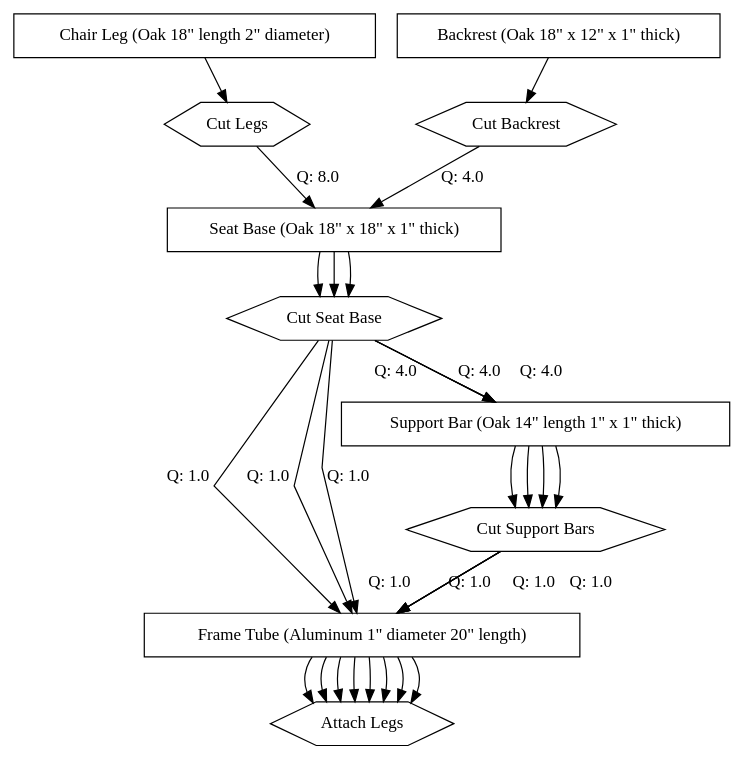
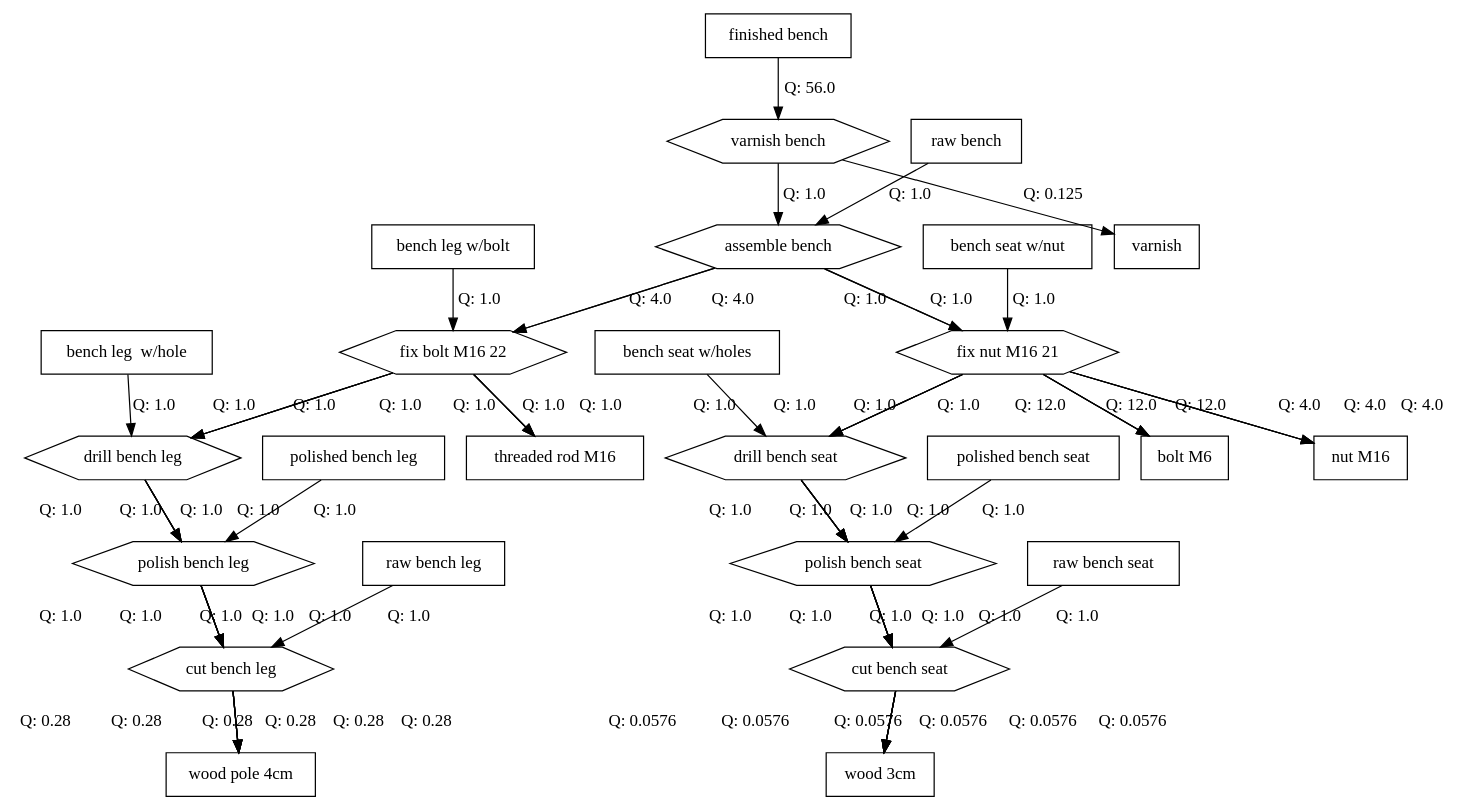
One commit to ricardomm7/buildflow changed the diagram in outFiles/production_tree.dot. Above: the diagram before and after it, drawn with Graphviz. The commit also changed 14 other files, not shown here.

```diff
--- a/outFiles/production_tree.dot
+++ b/outFiles/production_tree.dot
@@ -1,66 +1,141 @@
 digraph G {
   splines=false;
-  "M1" [shape=box label="Chair Leg (Oak 18\" length 2\" diameter)"];
-  "M1" -> "O3" [label=""];
-  "O3" [shape=hexagon label="Cut Legs"];
-  "O3" -> "M2" [label="Q: 8.0"];
-  "M2" [shape=box label="Seat Base (Oak 18\" x 18\" x 1\" thick)"];
-  "M2" -> "O4" [label=""];
-  "O4" [shape=hexagon label="Cut Seat Base"];
-  "O4" -> "M5" [label="Q: 1.0"];
-  "M5" [shape=box label="Frame Tube (Aluminum 1\" diameter 20\" length)"];
-  "M5" -> "O10" [label=""];
-  "O10" [shape=hexagon label="Attach Legs"];
-  "O4" -> "M4" [label="Q: 4.0"];
-  "M4" [shape=box label="Support Bar (Oak 14\" length 1\" x 1\" thick)"];
-  "M4" -> "O6" [label=""];
-  "O6" [shape=hexagon label="Cut Support Bars"];
-  "O6" -> "M5" [label="Q: 1.0"];
-  "M5" [shape=box label="Frame Tube (Aluminum 1\" diameter 20\" length)"];
-  "M5" -> "O10" [label=""];
-  "O10" [shape=hexagon label="Attach Legs"];
-  "M2" [shape=box label="Seat Base (Oak 18\" x 18\" x 1\" thick)"];
-  "M2" -> "O4" [label=""];
-  "O4" [shape=hexagon label="Cut Seat Base"];
-  "O4" -> "M5" [label="Q: 1.0"];
-  "M5" [shape=box label="Frame Tube (Aluminum 1\" diameter 20\" length)"];
-  "M5" -> "O10" [label=""];
-  "O10" [shape=hexagon label="Attach Legs"];
-  "O4" -> "M4" [label="Q: 4.0"];
-  "M4" [shape=box label="Support Bar (Oak 14\" length 1\" x 1\" thick)"];
-  "M4" -> "O6" [label=""];
-  "O6" [shape=hexagon label="Cut Support Bars"];
-  "O6" -> "M5" [label="Q: 1.0"];
-  "M5" [shape=box label="Frame Tube (Aluminum 1\" diameter 20\" length)"];
-  "M5" -> "O10" [label=""];
-  "O10" [shape=hexagon label="Attach Legs"];
-  "M3" [shape=box label="Backrest (Oak 18\" x 12\" x 1\" thick)"];
-  "M3" -> "O5" [label=""];
-  "O5" [shape=hexagon label="Cut Backrest"];
-  "O5" -> "M2" [label="Q: 4.0"];
-  "M2" [shape=box label="Seat Base (Oak 18\" x 18\" x 1\" thick)"];
-  "M2" -> "O4" [label=""];
-  "O4" [shape=hexagon label="Cut Seat Base"];
-  "O4" -> "M5" [label="Q: 1.0"];
-  "M5" [shape=box label="Frame Tube (Aluminum 1\" diameter 20\" length)"];
-  "M5" -> "O10" [label=""];
-  "O10" [shape=hexagon label="Attach Legs"];
-  "O4" -> "M4" [label="Q: 4.0"];
-  "M4" [shape=box label="Support Bar (Oak 14\" length 1\" x 1\" thick)"];
-  "M4" -> "O6" [label=""];
-  "O6" [shape=hexagon label="Cut Support Bars"];
-  "O6" -> "M5" [label="Q: 1.0"];
-  "M5" [shape=box label="Frame Tube (Aluminum 1\" diameter 20\" length)"];
-  "M5" -> "O10" [label=""];
-  "O10" [shape=hexagon label="Attach Legs"];
-  "M4" [shape=box label="Support Bar (Oak 14\" length 1\" x 1\" thick)"];
-  "M4" -> "O6" [label=""];
-  "O6" [shape=hexagon label="Cut Support Bars"];
-  "O6" -> "M5" [label="Q: 1.0"];
-  "M5" [shape=box label="Frame Tube (Aluminum 1\" diameter 20\" length)"];
-  "M5" -> "O10" [label=""];
-  "O10" [shape=hexagon label="Attach Legs"];
-  "M5" [shape=box label="Frame Tube (Aluminum 1\" diameter 20\" length)"];
-  "M5" -> "O10" [label=""];
-  "O10" [shape=hexagon label="Attach Legs"];
+  "1001" [shape=box label="bench leg  w/hole"];
+  "1001" -> "14" [label="Q: 1.0"];
+  "14" [shape=hexagon label="drill bench leg"];
+  "14" -> "18" [label="Q: 1.0"];
+  "18" [shape=hexagon label="polish bench leg"];
+  "18" -> "12" [label="Q: 1.0"];
+  "12" [shape=hexagon label="cut bench leg"];
+  "12" -> "1016" [label="Q: 0.28"];
+  "1016" [shape=box label="wood pole 4cm"];
+  "1002" [shape=box label="bench leg w/bolt"];
+  "1002" -> "16" [label="Q: 1.0"];
+  "16" [shape=hexagon label="fix bolt M16 22"];
+  "16" -> "1013" [label="Q: 1.0"];
+  "1013" [shape=box label="threaded rod M16"];
+  "16" -> "14" [label="Q: 1.0"];
+  "14" [shape=hexagon label="drill bench leg"];
+  "14" -> "18" [label="Q: 1.0"];
+  "18" [shape=hexagon label="polish bench leg"];
+  "18" -> "12" [label="Q: 1.0"];
+  "12" [shape=hexagon label="cut bench leg"];
+  "12" -> "1016" [label="Q: 0.28"];
+  "1016" [shape=box label="wood pole 4cm"];
+  "1003" [shape=box label="bench seat w/holes"];
+  "1003" -> "15" [label="Q: 1.0"];
+  "15" [shape=hexagon label="drill bench seat "];
+  "15" -> "19" [label="Q: 1.0"];
+  "19" [shape=hexagon label="polish bench seat "];
+  "19" -> "13" [label="Q: 1.0"];
+  "13" [shape=hexagon label="cut bench seat"];
+  "13" -> "1015" [label="Q: 0.0576"];
+  "1015" [shape=box label="wood 3cm"];
+  "1004" [shape=box label="bench seat w/nut"];
+  "1004" -> "17" [label="Q: 1.0"];
+  "17" [shape=hexagon label="fix nut M16 21"];
+  "17" -> "1005" [label="Q: 12.0"];
+  "1005" [shape=box label="bolt M6"];
+  "17" -> "15" [label="Q: 1.0"];
+  "15" [shape=hexagon label="drill bench seat "];
+  "15" -> "19" [label="Q: 1.0"];
+  "19" [shape=hexagon label="polish bench seat "];
+  "19" -> "13" [label="Q: 1.0"];
+  "13" [shape=hexagon label="cut bench seat"];
+  "13" -> "1015" [label="Q: 0.0576"];
+  "1015" [shape=box label="wood 3cm"];
+  "17" -> "1007" [label="Q: 4.0"];
+  "1007" [shape=box label="nut M16"];
+  "1005" [shape=box label="bolt M6"];
+  "1006" [shape=box label="finished bench"];
+  "1006" -> "20" [label="Q: 56.0"];
+  "20" [shape=hexagon label="varnish bench "];
+  "20" -> "1014" [label="Q: 0.125"];
+  "1014" [shape=box label="varnish"];
+  "20" -> "11" [label="Q: 1.0"];
+  "11" [shape=hexagon label="assemble bench "];
+  "11" -> "16" [label="Q: 4.0"];
+  "16" [shape=hexagon label="fix bolt M16 22"];
+  "16" -> "1013" [label="Q: 1.0"];
+  "1013" [shape=box label="threaded rod M16"];
+  "16" -> "14" [label="Q: 1.0"];
+  "14" [shape=hexagon label="drill bench leg"];
+  "14" -> "18" [label="Q: 1.0"];
+  "18" [shape=hexagon label="polish bench leg"];
+  "18" -> "12" [label="Q: 1.0"];
+  "12" [shape=hexagon label="cut bench leg"];
+  "12" -> "1016" [label="Q: 0.28"];
+  "1016" [shape=box label="wood pole 4cm"];
+  "11" -> "17" [label="Q: 1.0"];
+  "17" [shape=hexagon label="fix nut M16 21"];
+  "17" -> "1005" [label="Q: 12.0"];
+  "1005" [shape=box label="bolt M6"];
+  "17" -> "15" [label="Q: 1.0"];
+  "15" [shape=hexagon label="drill bench seat "];
+  "15" -> "19" [label="Q: 1.0"];
+  "19" [shape=hexagon label="polish bench seat "];
+  "19" -> "13" [label="Q: 1.0"];
+  "13" [shape=hexagon label="cut bench seat"];
+  "13" -> "1015" [label="Q: 0.0576"];
+  "1015" [shape=box label="wood 3cm"];
+  "17" -> "1007" [label="Q: 4.0"];
+  "1007" [shape=box label="nut M16"];
+  "1007" [shape=box label="nut M16"];
+  "1008" [shape=box label="polished bench leg"];
+  "1008" -> "18" [label="Q: 1.0"];
+  "18" [shape=hexagon label="polish bench leg"];
+  "18" -> "12" [label="Q: 1.0"];
+  "12" [shape=hexagon label="cut bench leg"];
+  "12" -> "1016" [label="Q: 0.28"];
+  "1016" [shape=box label="wood pole 4cm"];
+  "1009" [shape=box label="polished bench seat"];
+  "1009" -> "19" [label="Q: 1.0"];
+  "19" [shape=hexagon label="polish bench seat "];
+  "19" -> "13" [label="Q: 1.0"];
+  "13" [shape=hexagon label="cut bench seat"];
+  "13" -> "1015" [label="Q: 0.0576"];
+  "1015" [shape=box label="wood 3cm"];
+  "1010" [shape=box label="raw bench"];
+  "1010" -> "11" [label="Q: 1.0"];
+  "11" [shape=hexagon label="assemble bench "];
+  "11" -> "16" [label="Q: 4.0"];
+  "16" [shape=hexagon label="fix bolt M16 22"];
+  "16" -> "1013" [label="Q: 1.0"];
+  "1013" [shape=box label="threaded rod M16"];
+  "16" -> "14" [label="Q: 1.0"];
+  "14" [shape=hexagon label="drill bench leg"];
+  "14" -> "18" [label="Q: 1.0"];
+  "18" [shape=hexagon label="polish bench leg"];
+  "18" -> "12" [label="Q: 1.0"];
+  "12" [shape=hexagon label="cut bench leg"];
+  "12" -> "1016" [label="Q: 0.28"];
+  "1016" [shape=box label="wood pole 4cm"];
+  "11" -> "17" [label="Q: 1.0"];
+  "17" [shape=hexagon label="fix nut M16 21"];
+  "17" -> "1005" [label="Q: 12.0"];
+  "1005" [shape=box label="bolt M6"];
+  "17" -> "15" [label="Q: 1.0"];
+  "15" [shape=hexagon label="drill bench seat "];
+  "15" -> "19" [label="Q: 1.0"];
+  "19" [shape=hexagon label="polish bench seat "];
+  "19" -> "13" [label="Q: 1.0"];
+  "13" [shape=hexagon label="cut bench seat"];
+  "13" -> "1015" [label="Q: 0.0576"];
+  "1015" [shape=box label="wood 3cm"];
+  "17" -> "1007" [label="Q: 4.0"];
+  "1007" [shape=box label="nut M16"];
+  "1011" [shape=box label="raw bench leg"];
+  "1011" -> "12" [label="Q: 1.0"];
+  "12" [shape=hexagon label="cut bench leg"];
+  "12" -> "1016" [label="Q: 0.28"];
+  "1016" [shape=box label="wood pole 4cm"];
+  "1012" [shape=box label="raw bench seat"];
+  "1012" -> "13" [label="Q: 1.0"];
+  "13" [shape=hexagon label="cut bench seat"];
+  "13" -> "1015" [label="Q: 0.0576"];
+  "1015" [shape=box label="wood 3cm"];
+  "1013" [shape=box label="threaded rod M16"];
+  "1014" [shape=box label="varnish"];
+  "1015" [shape=box label="wood 3cm"];
+  "1016" [shape=box label="wood pole 4cm"];
 }
```
